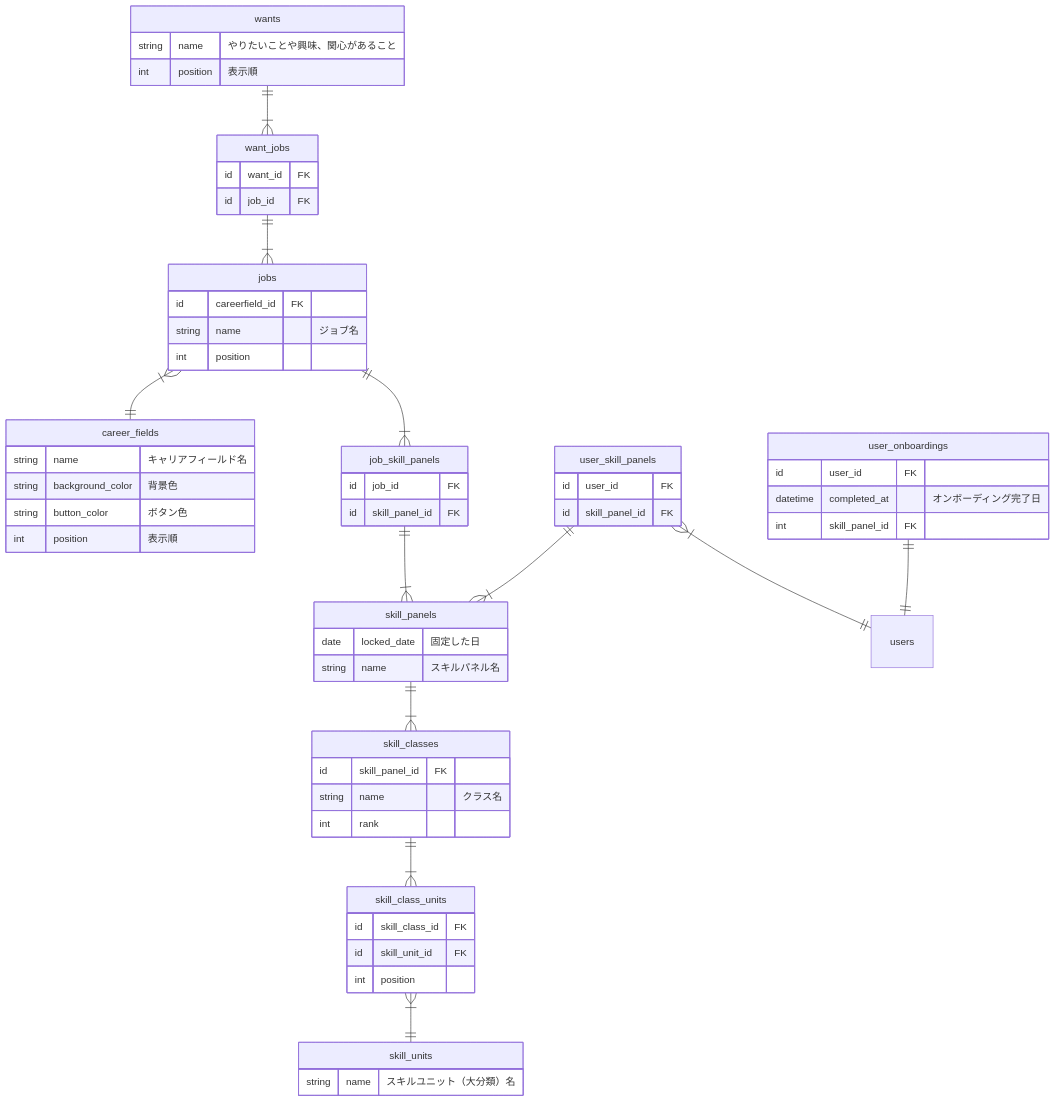
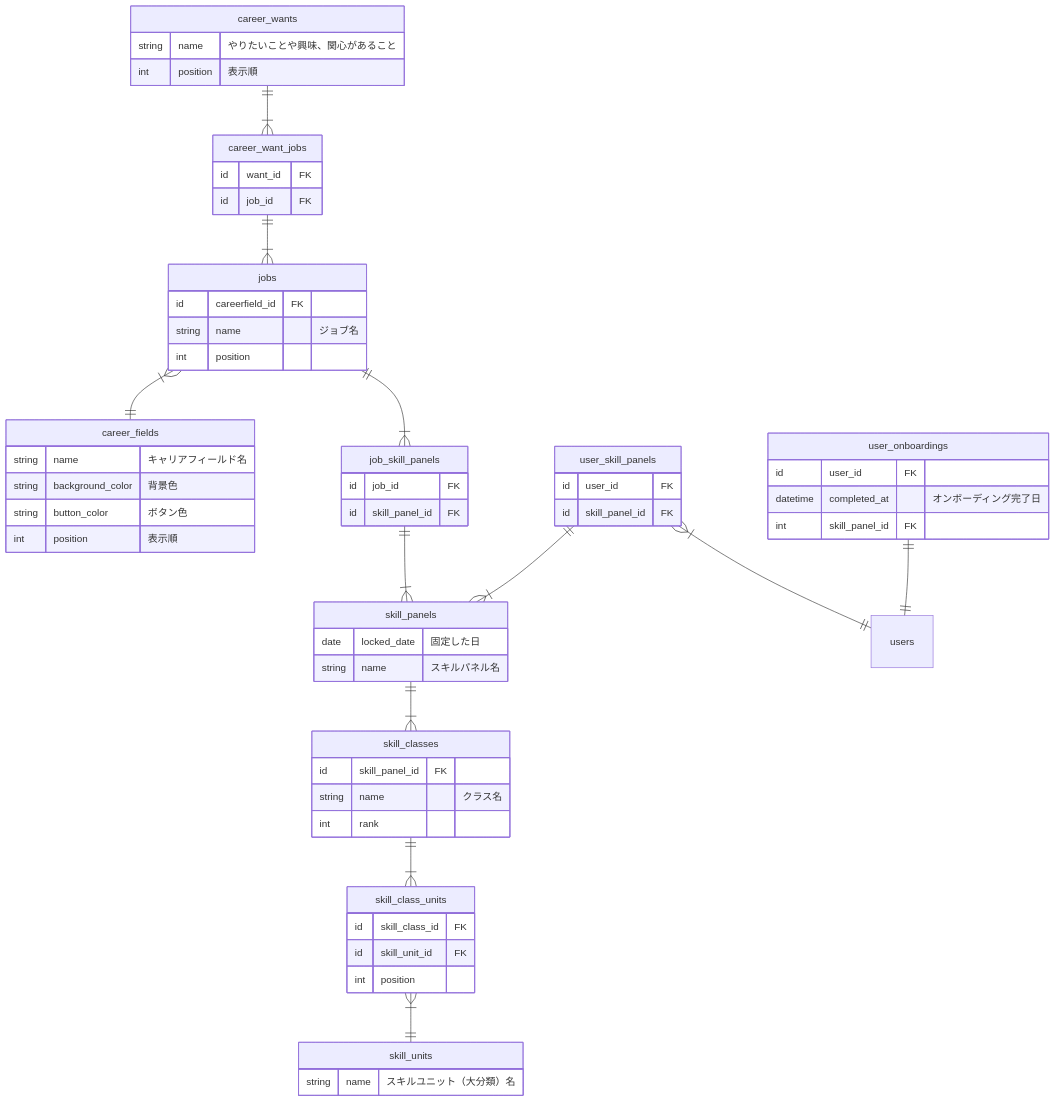
The diagram in docs/conceptual_schemas/onbordings.md (bright-org/bright), drawn with Mermaid before and after one commit. The commit also changed other lines of this file, not shown here.

Commit message:
テーブル名変更 wants->career_wants, want_jobs->career_want_jobs

````diff
--- a/docs/conceptual_schemas/onbordings.md
+++ b/docs/conceptual_schemas/onbordings.md
@@ -22,75 +22,75 @@
 ```mermaid
 erDiagram
-  wants ||--|{ want_jobs : ""
-  want_jobs ||--|{ jobs : ""
+  career_wants ||--|{ career_want_jobs : ""
+  career_want_jobs ||--|{ jobs : ""
   jobs }|--|| career_fields : ""
   jobs ||--|{ job_skill_panels : ""
   job_skill_panels ||--|{ skill_panels : ""
   user_skill_panels ||--|{ skill_panels : ""
   user_skill_panels }|--|| users : ""
   user_onboardings ||--|| users : ""
   skill_panels ||--|{ skill_classes : ""
   skill_classes ||--|{ skill_class_units : ""
   skill_class_units }|--|| skill_units : ""
 
   user_onboardings {
     id user_id FK
     datetime completed_at "オンボーディング完了日"
     int skill_panel_id FK
   }
 
-  wants {
+  career_wants {
     string name "やりたいことや興味、関心があること"
     int position "表示順"
   }
 
-  want_jobs {
+  career_want_jobs {
     id want_id FK
     id job_id FK
   }
 
   career_fields {
     string name "キャリアフィールド名"
     string background_color "背景色"
     string button_color "ボタン色"
     int position "表示順"
   }
 
   jobs {
     id careerfield_id FK
     string name "ジョブ名"
     int position
   }
 
   job_skill_panels {
     id job_id FK
     id skill_panel_id FK
   }
 
   skill_panels {
     date locked_date "固定した日"
     string name "スキルパネル名"
   }
 
   user_skill_panels {
     id user_id FK
     id skill_panel_id FK
   }
 
   skill_classes {
     id skill_panel_id FK
     string name "クラス名"
     int rank
   }
 
   skill_class_units {
     id skill_class_id FK
     id skill_unit_id FK
     int position
   }
 
   skill_units {
     string name "スキルユニット（大分類）名"
   }
 
 ```
````
